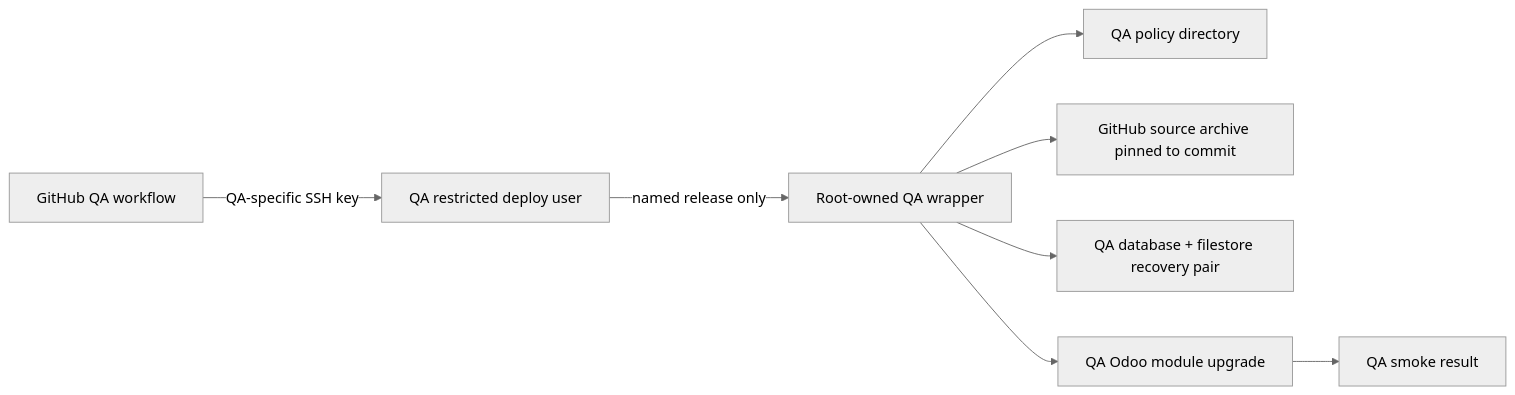
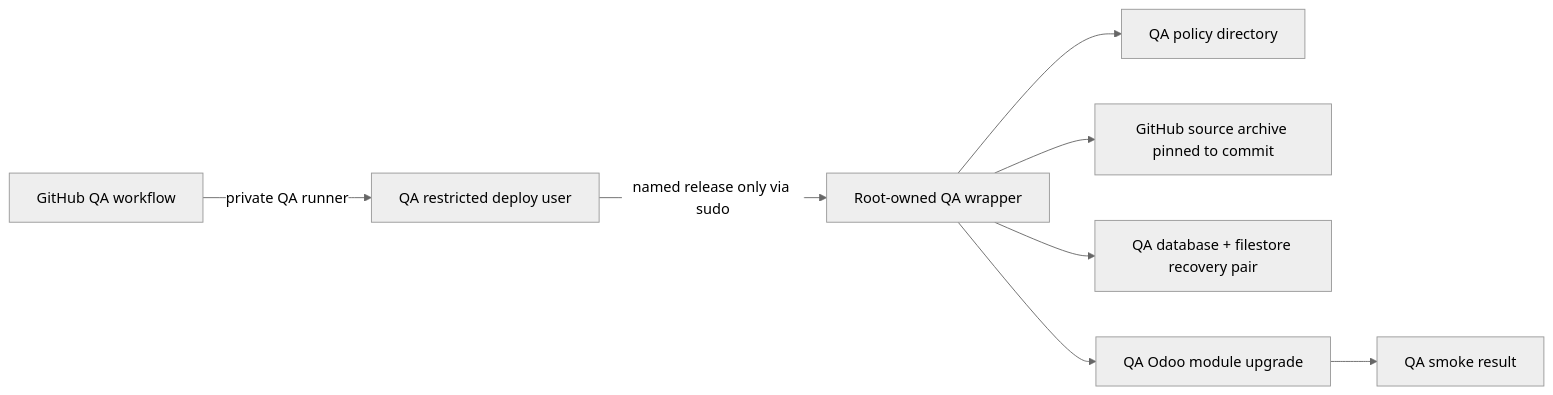
One commit to hajrix01-star/abroj-baseer-production changed the diagram in docs/build-governance/QA-GITHUB-DEPLOYMENT.md. Above: the diagram before and after it, drawn with Mermaid (neutral theme). The commit also changed other lines of this file and 2 other files, not shown here.

Commit message:
fix(qa): dispatch through private QA runner

````diff
--- a/docs/build-governance/QA-GITHUB-DEPLOYMENT.md
+++ b/docs/build-governance/QA-GITHUB-DEPLOYMENT.md
@@ -60,10 +61,10 @@
 ```mermaid
 flowchart LR
-  A[GitHub QA workflow] -->|QA-specific SSH key| B[QA restricted deploy user]
-  B -->|named release only| C[Root-owned QA wrapper]
+  A[GitHub QA workflow] -->|private QA runner| B[QA restricted deploy user]
+  B -->|named release only via sudo| C[Root-owned QA wrapper]
   C --> D[QA policy directory]
   C --> E[GitHub source archive pinned to commit]
   C --> F[QA database + filestore recovery pair]
   C --> G[QA Odoo module upgrade]
   G --> H[QA smoke result]
 ```
````
